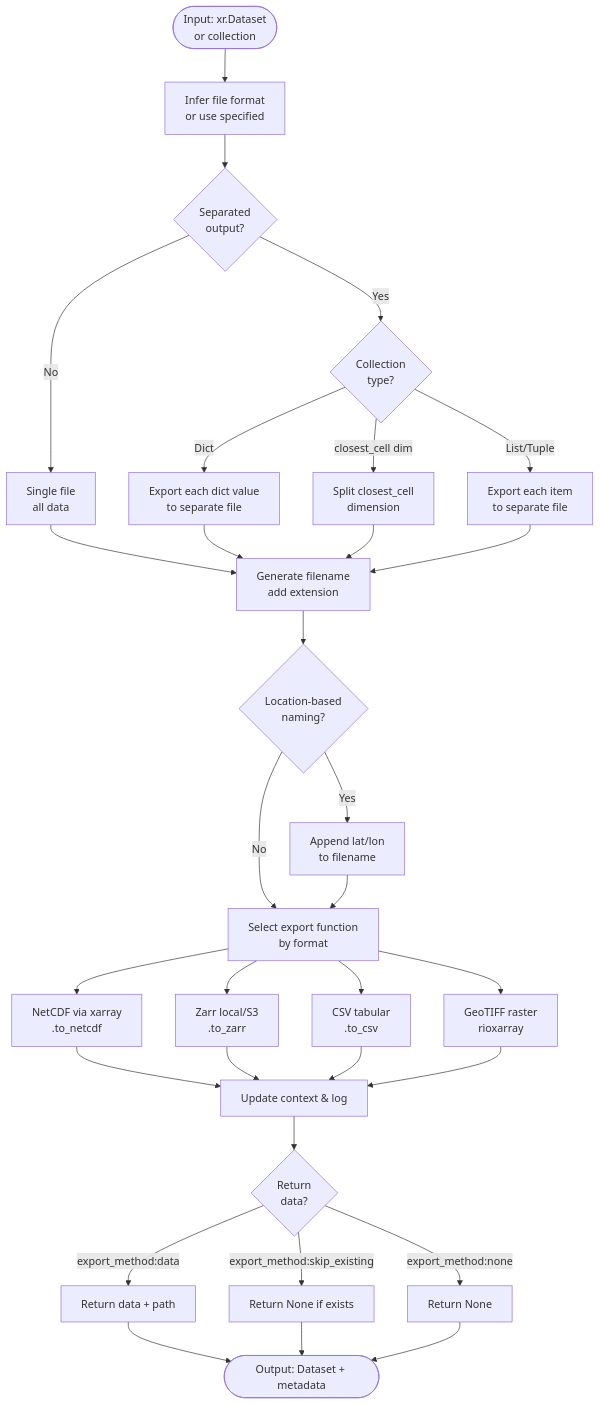
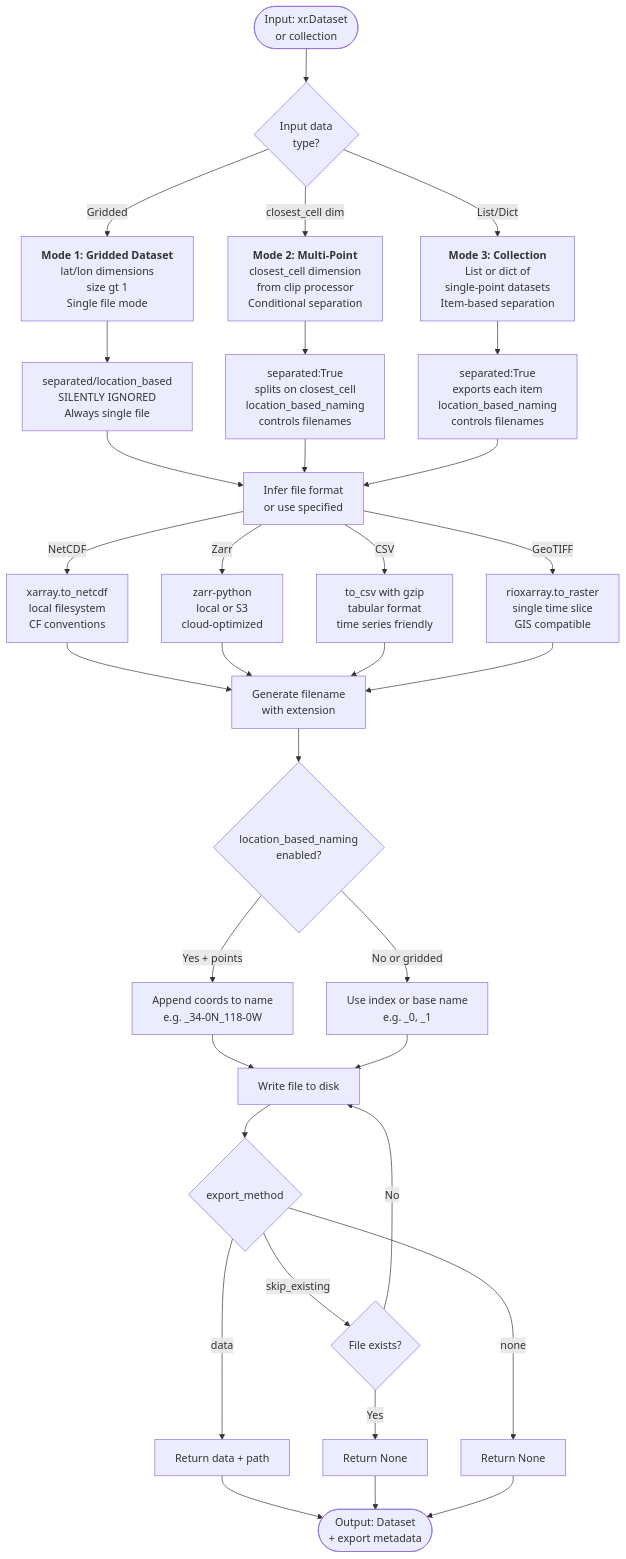
The diagram in docs-mkdocs/new-core/processors/export.md (cal-adapt/climakitae), drawn with Mermaid before and after one commit. The commit also changed other lines of this file and 2 other files, not shown here.

````diff
--- a/docs-mkdocs/new-core/processors/export.md
+++ b/docs-mkdocs/new-core/processors/export.md
@@ -9,60 +11,56 @@
 ```mermaid
 flowchart TD
-    Start([Input: xr.Dataset<br/>or collection]) --> CheckFormat["Infer file format<br/>or use specified"]
+    Start([Input: xr.Dataset<br/>or collection]) --> CheckType{Input data<br/>type?}
     
-    CheckFormat --> CheckSeparated{Separated<br/>output?}
+    CheckType -->|Gridded| GridMode["<strong>Mode 1: Gridded Dataset</strong><br/>lat/lon dimensions<br/>size gt 1<br/>Single file mode"]
+    CheckType -->|closest_cell dim| PointMode["<strong>Mode 2: Multi-Point</strong><br/>closest_cell dimension<br/>from clip processor<br/>Conditional separation"]
+    CheckType -->|List/Dict| CollectionMode["<strong>Mode 3: Collection</strong><br/>List or dict of<br/>single-point datasets<br/>Item-based separation"]
     
-    CheckSeparated -->|No| SingleExport["Single file<br/>all data"]
-    CheckSeparated -->|Yes| CheckCollection{Collection<br/>type?}
+    GridMode --> GridParams["separated/location_based<br/>SILENTLY IGNORED<br/>Always single file"]
+    PointMode --> PointParams["separated:True<br/>splits on closest_cell<br/>location_based_naming<br/>controls filenames"]
+    CollectionMode --> CollParams["separated:True<br/>exports each item<br/>location_based_naming<br/>controls filenames"]
     
-    CheckCollection -->|Dict| LoopDict["Export each dict value<br/>to separate file"]
-    CheckCollection -->|closest_cell dim| SplitCells["Split closest_cell<br/>dimension"]
-    CheckCollection -->|List/Tuple| LoopList["Export each item<br/>to separate file"]
+    GridParams --> FormatSelect["Infer file format<br/>or use specified"]
+    PointParams --> FormatSelect
+    CollParams --> FormatSelect
     
-    SingleExport --> GenFilename["Generate filename<br/>add extension"]
-    LoopDict --> GenFilename
-    SplitCells --> GenFilename
-    LoopList --> GenFilename
+    FormatSelect -->|NetCDF| ExportNCDF["xarray.to_netcdf<br/>local filesystem<br/>CF conventions"]
+    FormatSelect -->|Zarr| ExportZarr["zarr-python<br/>local or S3<br/>cloud-optimized"]
+    FormatSelect -->|CSV| ExportCSV["to_csv with gzip<br/>tabular format<br/>time series friendly"]
+    FormatSelect -->|GeoTIFF| ExportGEO["rioxarray.to_raster<br/>single time slice<br/>GIS compatible"]
     
-    GenFilename --> CheckNaming{Location-based<br/>naming?}
+    ExportNCDF --> GenFilename["Generate filename<br/>with extension"]
+    ExportZarr --> GenFilename
+    ExportCSV --> GenFilename
+    ExportGEO --> GenFilename
     
-    CheckNaming -->|Yes| AddCoords["Append lat/lon<br/>to filename"]
-    CheckNaming -->|No| SelectFormat["Select export function<br/>by format"]
-    AddCoords --> SelectFormat
+    GenFilename --> CheckNaming{location_based_naming<br/>enabled?}
     
-    SelectFormat --> WriteCDF["NetCDF via xarray<br/>.to_netcdf"]
-    SelectFormat --> WriteZarr["Zarr local/S3<br/>.to_zarr"]
-    SelectFormat --> WriteCSV["CSV tabular<br/>.to_csv"]
-    SelectFormat --> WriteGEO["GeoTIFF raster<br/>rioxarray"]
+    CheckNaming -->|Yes + points| AddCoords["Append coords to name<br/>e.g. _34-0N_118-0W"]
+    CheckNaming -->|No or gridded| NoCoords["Use index or base name<br/>e.g. _0, _1"]
     
-    WriteCDF --> UpdateCtx["Update context & log"]
-    WriteZarr --> UpdateCtx
-    WriteCSV --> UpdateCtx
-    WriteGEO --> UpdateCtx
+    AddCoords --> Write["Write file to disk"]
+    NoCoords --> Write
     
-    UpdateCtx --> CheckReturn{Return<br/>data?}
+    Write --> CheckMethod{export_method}
     
-    CheckReturn -->|export_method:data| ReturnData["Return data + path"]
-    CheckReturn -->|export_method:skip_existing| ReturnSkip["Return None if exists"]
-    CheckReturn -->|export_method:none| ReturnNone["Return None"]
+    CheckMethod -->|data| ReturnData["Return data + path"]
+    CheckMethod -->|skip_existing| CheckExists{File exists?}
+    CheckExists -->|Yes| ReturnNone1["Return None"]
+    CheckExists -->|No| Write
+    CheckMethod -->|none| ReturnNone2["Return None"]
     
-    ReturnData --> End([Output: Dataset + metadata])
-    ReturnSkip --> End
-    ReturnNone --> End
+    ReturnData --> End([Output: Dataset<br/>+ export metadata])
+    ReturnNone1 --> End
+    ReturnNone2 --> End
     
-    click CheckFormat "https://github.com/cal-adapt/climakitae/blob/main/climakitae/new_core/processors/export.py#L85" "Infer file format"
-    click SingleExport "https://github.com/cal-adapt/climakitae/blob/main/climakitae/new_core/processors/export.py#L110" "Single file"
-    click LoopDict "https://github.com/cal-adapt/climakitae/blob/main/climakitae/new_core/processors/export.py#L125" "Export each dict value"
-    click SplitCells "https://github.com/cal-adapt/climakitae/blob/main/climakitae/new_core/processors/export.py#L140" "Split closest_cell dimension"
-    click LoopList "https://github.com/cal-adapt/climakitae/blob/main/climakitae/new_core/processors/export.py#L155" "Export each item"
-    click GenFilename "https://github.com/cal-adapt/climakitae/blob/main/climakitae/new_core/processors/export.py#L170" "Generate filename"
-    click AddCoords "https://github.com/cal-adapt/climakitae/blob/main/climakitae/new_core/processors/export.py#L185" "Append lat/lon"
-    click SelectFormat "https://github.com/cal-adapt/climakitae/blob/main/climakitae/new_core/processors/export.py#L200" "Select export function"
-    click WriteCDF "https://github.com/cal-adapt/climakitae/blob/main/climakitae/new_core/processors/export.py#L212" "NetCDF export"
-    click WriteZarr "https://github.com/cal-adapt/climakitae/blob/main/climakitae/new_core/processors/export.py#L220" "Zarr export"
-    click WriteCSV "https://github.com/cal-adapt/climakitae/blob/main/climakitae/new_core/processors/export.py#L228" "CSV export"
-    click WriteGEO "https://github.com/cal-adapt/climakitae/blob/main/climakitae/new_core/processors/export.py#L236" "GeoTIFF export"
-    click UpdateCtx "https://github.com/cal-adapt/climakitae/blob/main/climakitae/new_core/processors/export.py#L250" "Update context"
-    click ReturnData "https://github.com/cal-adapt/climakitae/blob/main/climakitae/new_core/processors/export.py#L255" "Return data + path"
-    click ReturnSkip "https://github.com/cal-adapt/climakitae/blob/main/climakitae/new_core/processors/export.py#L260" "Return None if exists"
+    click CheckType "https://github.com/cal-adapt/climakitae/blob/main/climakitae/new_core/processors/export.py#L150" "Input type detection"
+    click GridMode "https://github.com/cal-adapt/climakitae/blob/main/climakitae/new_core/processors/export.py#L170" "Gridded dataset handling"
+    click PointMode "https://github.com/cal-adapt/climakitae/blob/main/climakitae/new_core/processors/export.py#L190" "closest_cell dimension"
+    click CollectionMode "https://github.com/cal-adapt/climakitae/blob/main/climakitae/new_core/processors/export.py#L210" "Collection of points"
+    click FormatSelect "https://github.com/cal-adapt/climakitae/blob/main/climakitae/new_core/processors/export.py#L240" "Format router"
+    click ExportNCDF "https://github.com/cal-adapt/climakitae/blob/main/climakitae/new_core/processors/export.py#L280" "NetCDF export"
+    click ExportZarr "https://github.com/cal-adapt/climakitae/blob/main/climakitae/new_core/processors/export.py#L290" "Zarr export S3/local"
+    click ExportCSV "https://github.com/cal-adapt/climakitae/blob/main/climakitae/new_core/processors/export.py#L300" "CSV export"
+    click ExportGEO "https://github.com/cal-adapt/climakitae/blob/main/climakitae/new_core/processors/export.py#L310" "GeoTIFF export"
 ```
````
